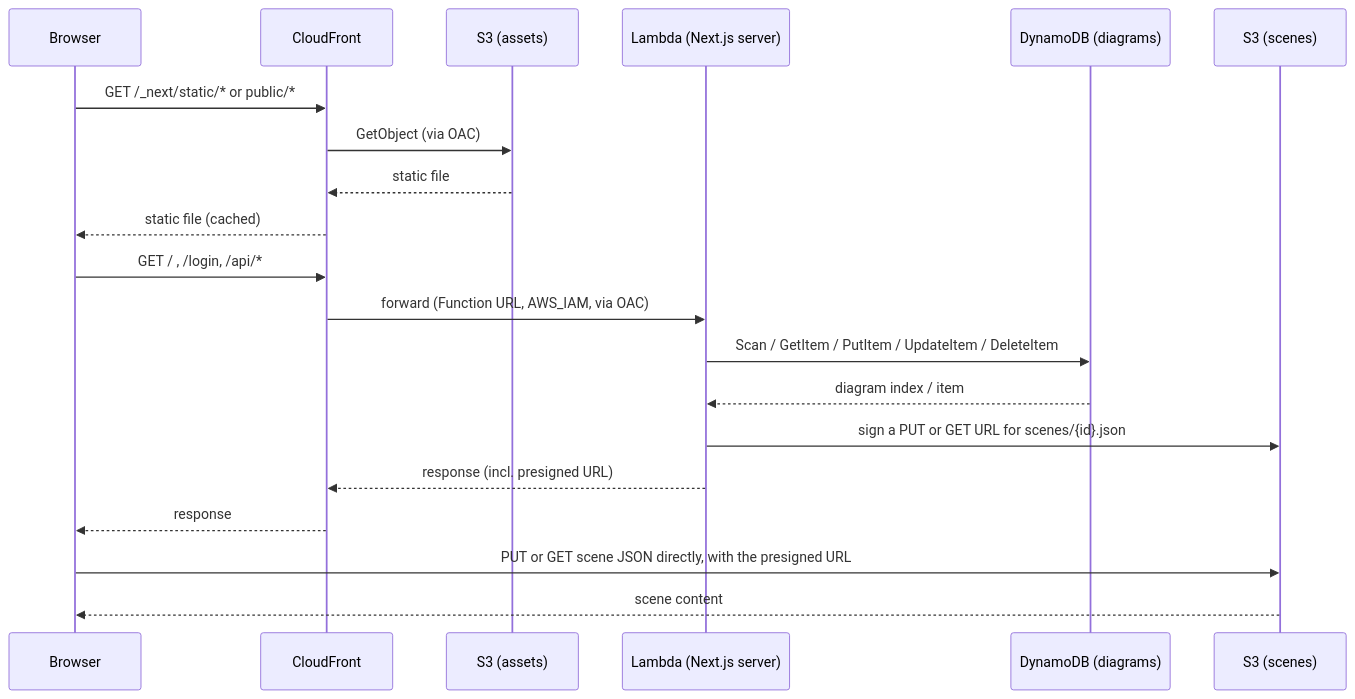
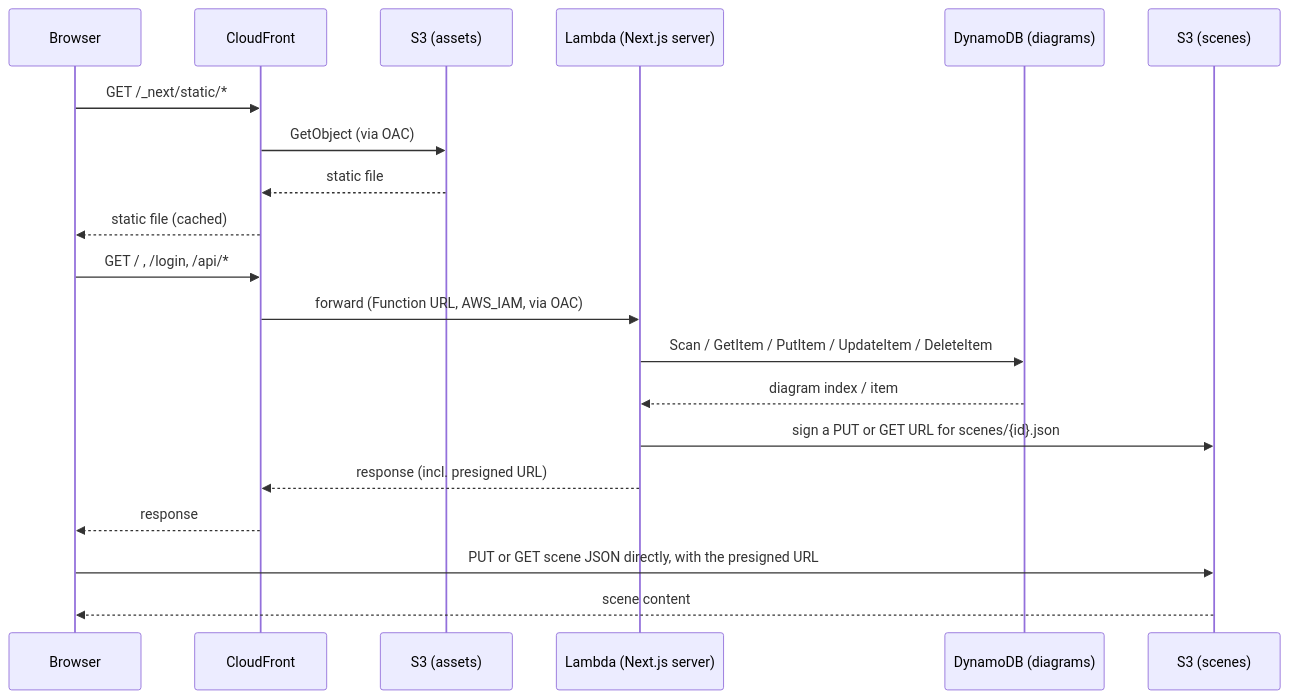
Before and after one commit to sebasfles/my-napkin: the diagram in docs/modules/infra/flows.md, drawn with Mermaid. The commit also changed 4 other files, not shown here.

````diff
--- a/docs/modules/infra/flows.md
+++ b/docs/modules/infra/flows.md
@@ -16,25 +16,25 @@
 ```mermaid
 sequenceDiagram
   participant B as Browser
   participant CF as CloudFront
   participant S3A as S3 (assets)
   participant L as Lambda (Next.js server)
   participant DB as DynamoDB (diagrams)
   participant S3S as S3 (scenes)
 
-  B->>CF: GET /_next/static/* or public/*
+  B->>CF: GET /_next/static/*
   CF->>S3A: GetObject (via OAC)
   S3A-->>CF: static file
   CF-->>B: static file (cached)
 
   B->>CF: GET / , /login, /api/*
   CF->>L: forward (Function URL, AWS_IAM, via OAC)
   L->>DB: Scan / GetItem / PutItem / UpdateItem / DeleteItem
   DB-->>L: diagram index / item
   L->>S3S: sign a PUT or GET URL for scenes/{id}.json
   L-->>CF: response (incl. presigned URL)
   CF-->>B: response
 
   B->>S3S: PUT or GET scene JSON directly, with the presigned URL
   S3S-->>B: scene content
 ```
````
